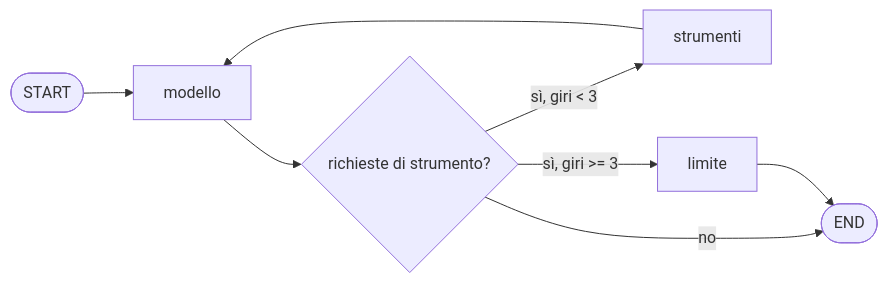
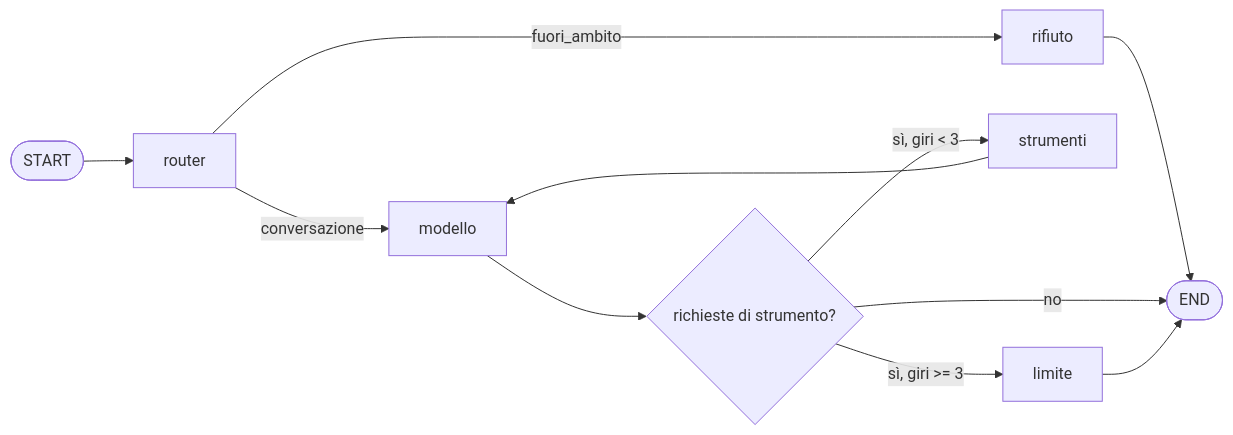
One commit to mattiaramon25-2-oss/Agente changed the first of 6 diagrams in assistente-laboratorio/docs/studio/04-grafo-langgraph.md. Above: the diagram before and after it, drawn with Mermaid. The commit also changed other lines of this file and 5 other files, not shown here.

````diff
--- a/assistente-laboratorio/docs/studio/04-grafo-langgraph.md
+++ b/assistente-laboratorio/docs/studio/04-grafo-langgraph.md
@@ -37,10 +41,13 @@
 ```mermaid
 flowchart LR
-    S([START]) --> M[modello]
+    S([START]) --> RT[router]
+    RT -->|conversazione| M[modello]
+    RT -->|fuori_ambito| RF[rifiuto]
+    RF --> E
     M --> R{richieste di strumento?}
     R -->|no| E([END])
     R -->|"sì, giri < 3"| T[strumenti]
     R -->|"sì, giri >= 3"| L[limite]
     T --> M
     L --> E
 ```
````
